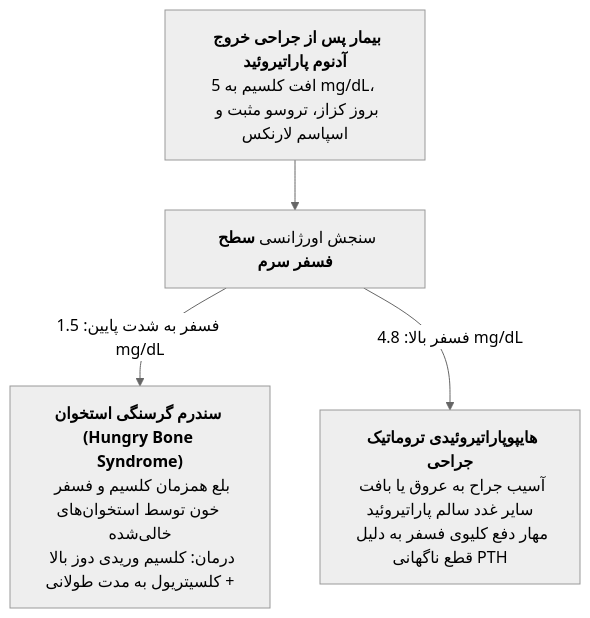
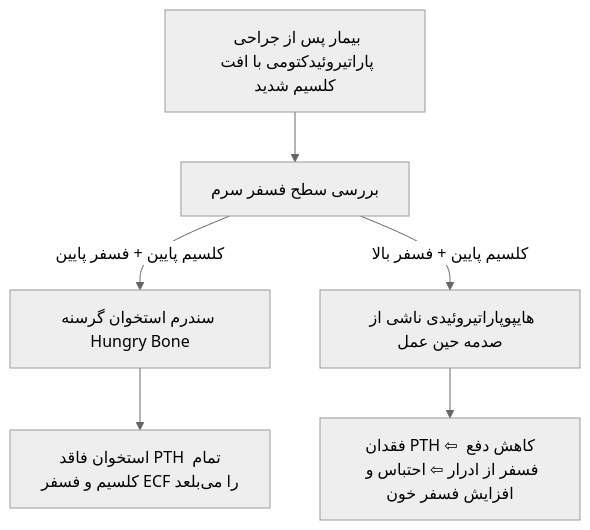
Before and after one commit to neopulse-hub/TUMS-1402-1-neo: the fourth of 5 diagrams in 07/مبانی غدد/اختلالات کلسیم.md, drawn with Mermaid (neutral theme). The commit also changed other lines of this file, not shown here.

Commit message:
Update اختلالات کلسیم.md

````diff
--- a/07/مبانی غدد/اختلالات کلسیم.md
+++ b/07/مبانی غدد/اختلالات کلسیم.md
@@ -347,7 +192,9 @@
 ```mermaid
-graph TD
-    PostOp["<b>بیمار پس از جراحی خروج آدنوم پاراتیروئید</b><br>افت کلسیم به 5 mg/dL، بروز کزاز، تروسو مثبت و اسپاسم لارنکس"] --> CheckPhos["سنجش اورژانسی <b>سطح فسفر سرم</b>"]
+flowchart TD
+    PostOp[بیمار پس از جراحی پاراتیروئیدکتومی با افت کلسیم شدید] --> Lab[بررسی سطح فسفر سرم]
+    Lab -->|کلسیم پایین + فسفر پایین| HB[سندرم استخوان گرسنه Hungry Bone]
+    Lab -->|کلسیم پایین + فسفر بالا| HP[هایپوپاراتیروئیدی ناشی از صدمه حین عمل]
     
-    CheckPhos -->|فسفر به شدت پایین: 1.5 mg/dL| HBS["<b>سندرم گرسنگی استخوان (Hungry Bone Syndrome)</b><br>بلع همزمان کلسیم و فسفر خون توسط استخوان‌های خالی‌شده<br>درمان: کلسیم وریدی دوز بالا + کلسیتریول به مدت طولانی"]
-    CheckPhos -->|فسفر بالا: 4.8 mg/dL| Damage["<b>هایپوپاراتیروئیدی تروماتیک جراحی</b><br>آسیب جراح به عروق یا بافت سایر غدد سالم پاراتیروئید<br>مهار دفع کلیوی فسفر به دلیل قطع ناگهانی PTH"]
+    HB --> Note1[استخوان فاقد PTH تمام کلسیم و فسفر ECF را می‌بلعد]
+    HP --> Note2[فقدان PTH ⇦ کاهش دفع فسفر از ادرار ⇦ احتباس و افزایش فسفر خون]
 ```
````
